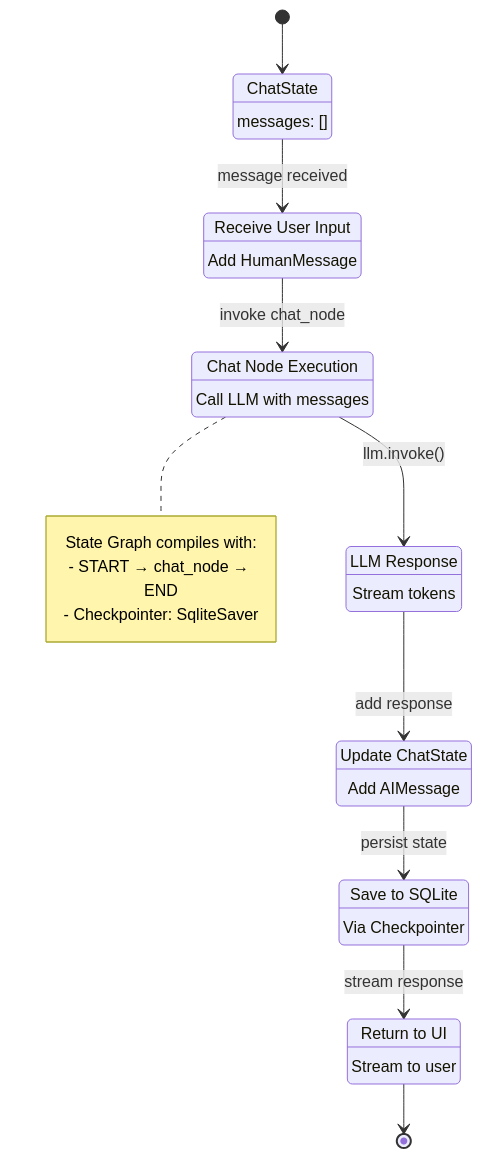
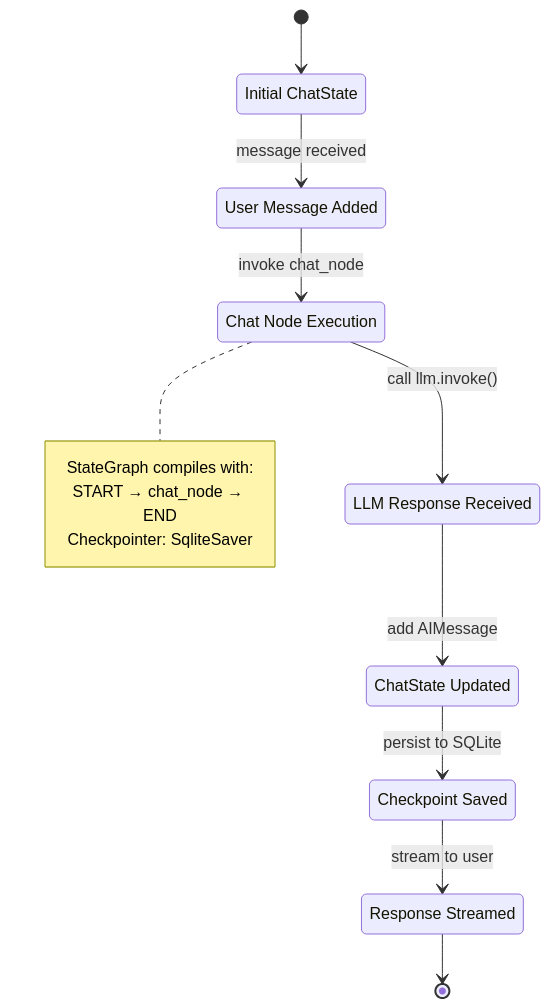
Before and after one commit to abhay1016/ChatBot: the fourth of 10 diagrams in ARCHITECTURE.md, drawn with Mermaid.

Commit message:
Fix Mermaid stateDiagram syntax error

````diff
--- a/ARCHITECTURE.md
+++ b/ARCHITECTURE.md
@@ -111,39 +111,26 @@
 ```mermaid
 stateDiagram-v2
-    [*] --> InitialState
+    [*] --> InitState
     
-    InitialState: ChatState
-    InitialState: messages: []
+    InitState: Initial ChatState
+    UserInputState: User Message Added
+    ProcessState: Chat Node Execution
+    ResponseState: LLM Response Received
+    UpdateState: ChatState Updated
+    SaveState: Checkpoint Saved
+    OutputState: Response Streamed
     
-    UserInput: Receive User Input
-    UserInput: Add HumanMessage
-    
-    ProcessState: Chat Node Execution
-    ProcessState: Call LLM with messages
-    
-    GetResponse: LLM Response
-    GetResponse: Stream tokens
-    
-    UpdateState: Update ChatState
-    UpdateState: Add AIMessage
-    
-    SaveCheckpoint: Save to SQLite
-    SaveCheckpoint: Via Checkpointer
-    
-    OutputResponse: Return to UI
-    OutputResponse: Stream to user
-    
-    InitialState --> UserInput: message received
-    UserInput --> ProcessState: invoke chat_node
-    ProcessState --> GetResponse: llm.invoke()
-    GetResponse --> UpdateState: add response
-    UpdateState --> SaveCheckpoint: persist state
-    SaveCheckpoint --> OutputResponse: stream response
-    OutputResponse --> [*]
+    InitState --> UserInputState: message received
+    UserInputState --> ProcessState: invoke chat_node
+    ProcessState --> ResponseState: call llm.invoke()
+    ResponseState --> UpdateState: add AIMessage
+    UpdateState --> SaveState: persist to SQLite
+    SaveState --> OutputState: stream to user
+    OutputState --> [*]
     
     note right of ProcessState
-        State Graph compiles with:
-        - START → chat_node → END
-        - Checkpointer: SqliteSaver
+        StateGraph compiles with:
+        START → chat_node → END
+        Checkpointer: SqliteSaver
     end note
 ```
````
